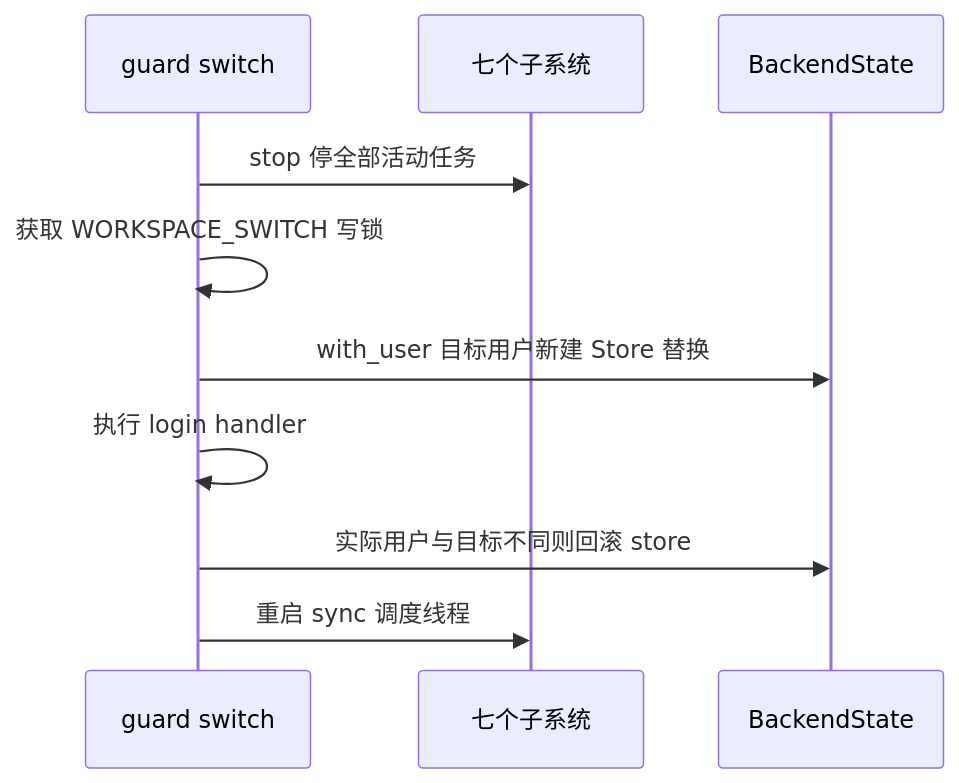
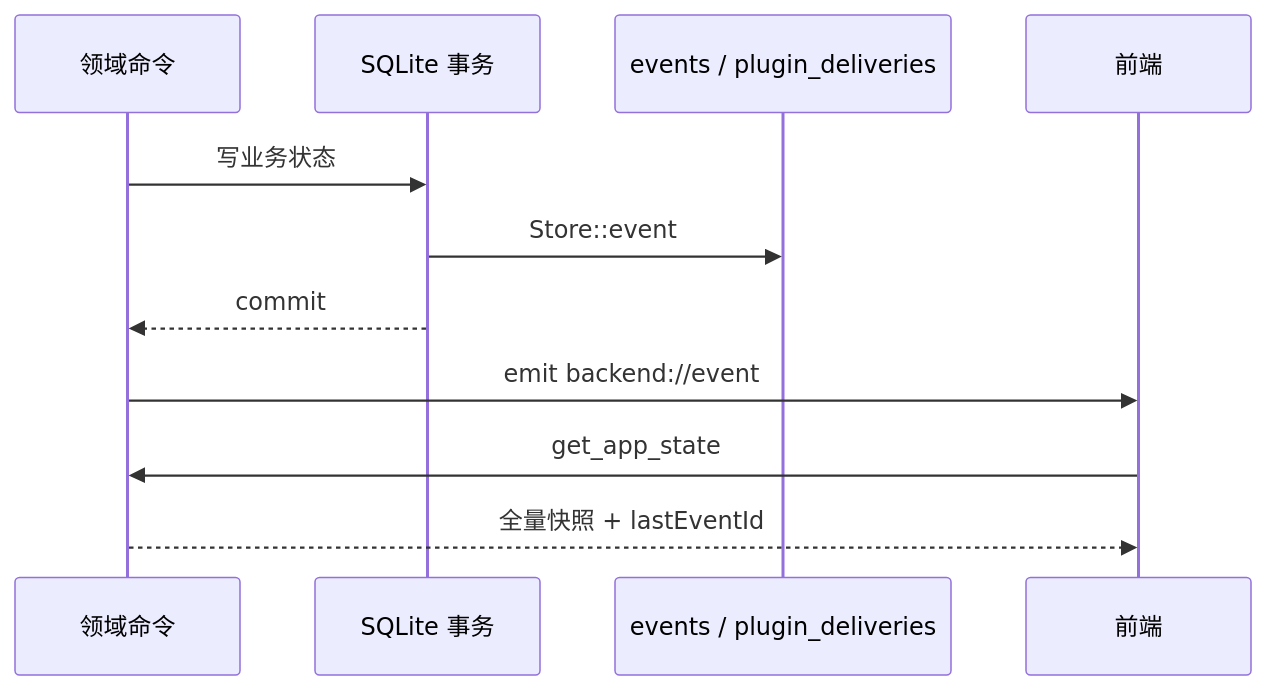
Before and after one commit to hershate/Deep-tutor: the fourth of 5 diagrams in docs/architecture/01-architecture.md, drawn with Mermaid. The commit also changed other lines of this file and 5 other files, not shown here.

````diff
--- a/docs/architecture/01-architecture.md
+++ b/docs/architecture/01-architecture.md
@@ -165,12 +155,13 @@
 ```mermaid
 sequenceDiagram
-    participant G as guard switch
-    participant S as 七个子系统
-    participant B as BackendState
-    G->>S: stop 停全部活动任务
-    G->>G: 获取 WORKSPACE_SWITCH 写锁
-    G->>B: with_user 目标用户新建 Store 替换
-    G->>G: 执行 login handler
-    G->>B: 实际用户与目标不同则回滚 store
-    G->>S: 重启 sync 调度线程
+    participant D as 领域命令
+    participant T as SQLite 事务
+    participant E as events / plugin_deliveries
+    participant F as 前端
+    D->>T: 写业务状态
+    T->>E: Store::event
+    T-->>D: commit
+    D->>F: emit backend://event
+    F->>D: get_app_state
+    D-->>F: 全量快照 + lastEventId
 ```
````
